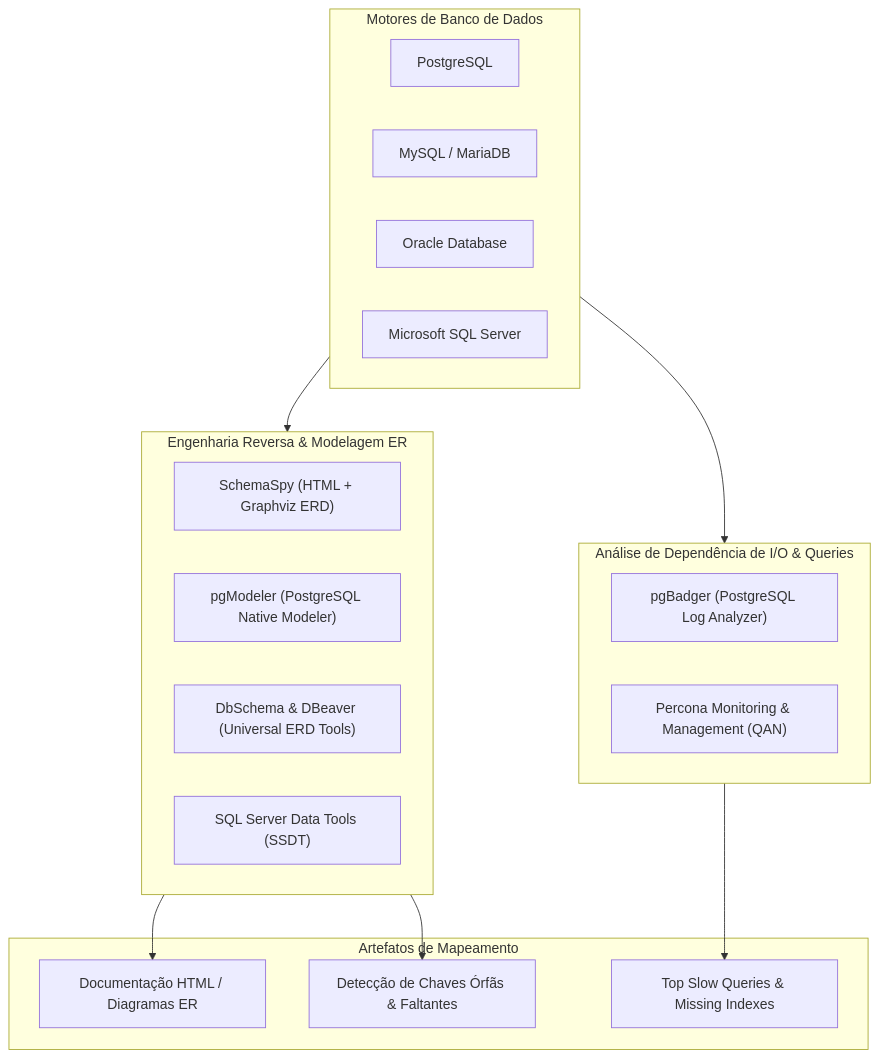
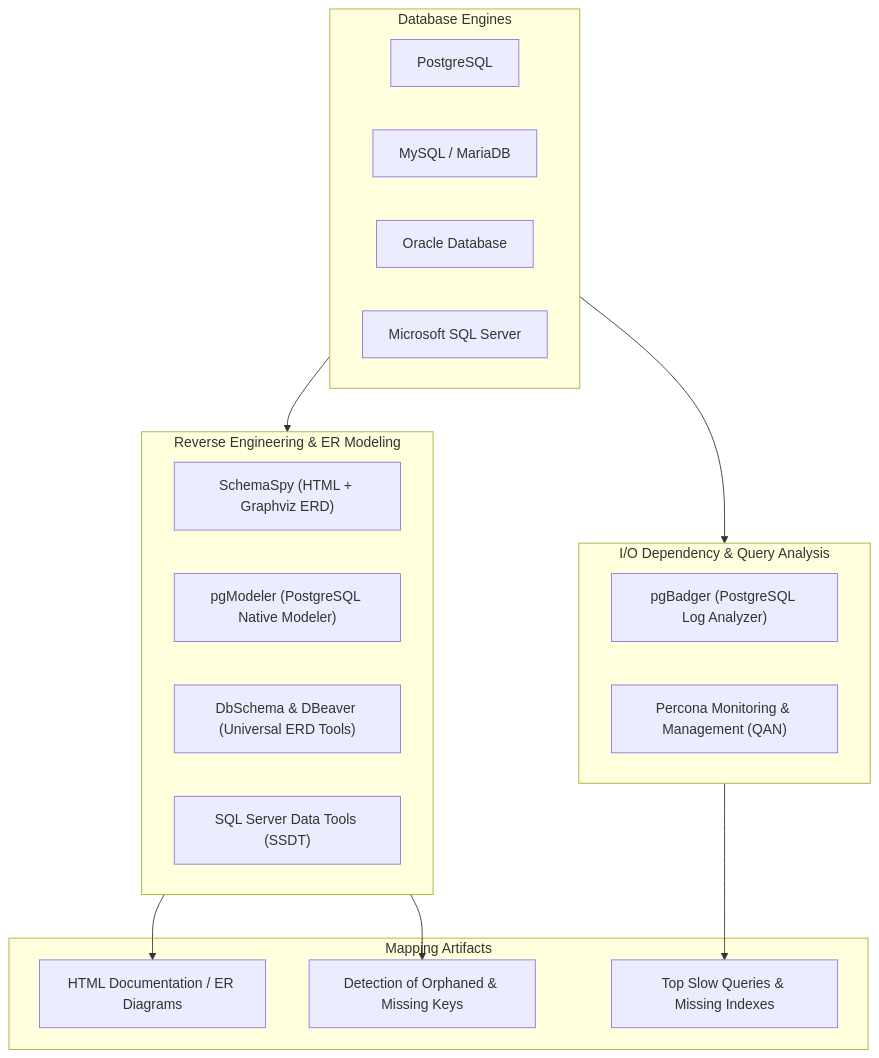
Before and after one commit to dandgabr/Coacus: the diagram in knowledge/skills/mapping/db-schema-reverse-mapping/SKILL.md, drawn with Mermaid. The commit also changed other lines of this file and 143 other files, not shown here.

````diff
--- a/knowledge/skills/mapping/db-schema-reverse-mapping/SKILL.md
+++ b/knowledge/skills/mapping/db-schema-reverse-mapping/SKILL.md
@@ -16,32 +16,32 @@
 ```mermaid
 flowchart TD
-    subgraph SGBDs["Motores de Banco de Dados"]
+    subgraph SGBDs["Database Engines"]
         PG["PostgreSQL"]
         MYSQL["MySQL / MariaDB"]
         ORACLE["Oracle Database"]
         MSSQL["Microsoft SQL Server"]
     end
 
-    subgraph ReverseEngines["Engenharia Reversa & Modelagem ER"]
+    subgraph ReverseEngines["Reverse Engineering & ER Modeling"]
         SCHEMASPY["SchemaSpy (HTML + Graphviz ERD)"]
         PGMODELER["pgModeler (PostgreSQL Native Modeler)"]
         DBSCHEMA["DbSchema & DBeaver (Universal ERD Tools)"]
         SSDT["SQL Server Data Tools (SSDT)"]
     end
 
-    subgraph ProfilingEngines["Análise de Dependência de I/O & Queries"]
+    subgraph ProfilingEngines["I/O Dependency & Query Analysis"]
         PGBADGER["pgBadger (PostgreSQL Log Analyzer)"]
         PMM["Percona Monitoring & Management (QAN)"]
     end
 
-    subgraph Outputs["Artefatos de Mapeamento"]
-        ERD_DOCS["Documentação HTML / Diagramas ER"]
-        ANOMALIES["Detecção de Chaves Órfãs & Faltantes"]
+    subgraph Outputs["Mapping Artifacts"]
+        ERD_DOCS["HTML Documentation / ER Diagrams"]
+        ANOMALIES["Detection of Orphaned & Missing Keys"]
         SLOW_QUERIES["Top Slow Queries & Missing Indexes"]
     end
 
     SGBDs --> ReverseEngines
     SGBDs --> ProfilingEngines
     ReverseEngines --> ERD_DOCS & ANOMALIES
     ProfilingEngines --> SLOW_QUERIES
 ```
````
